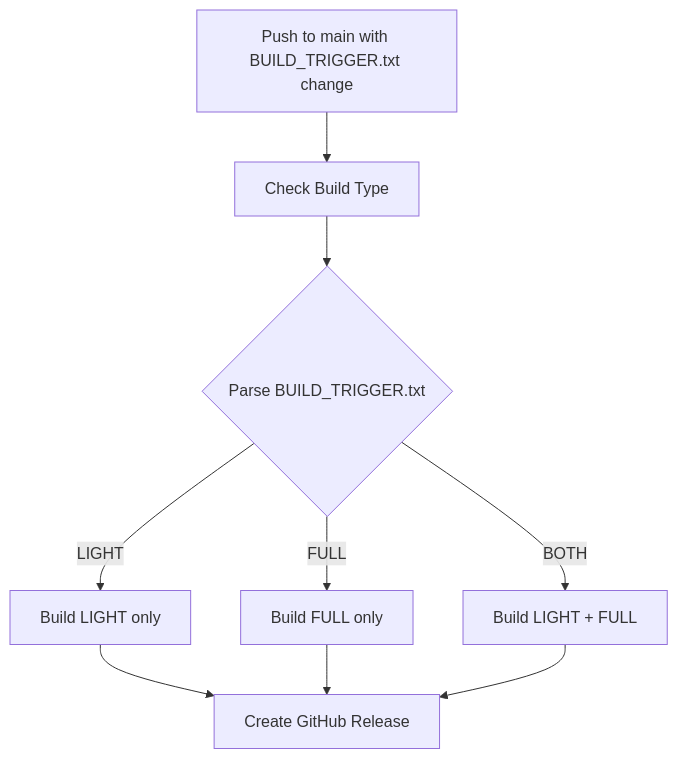
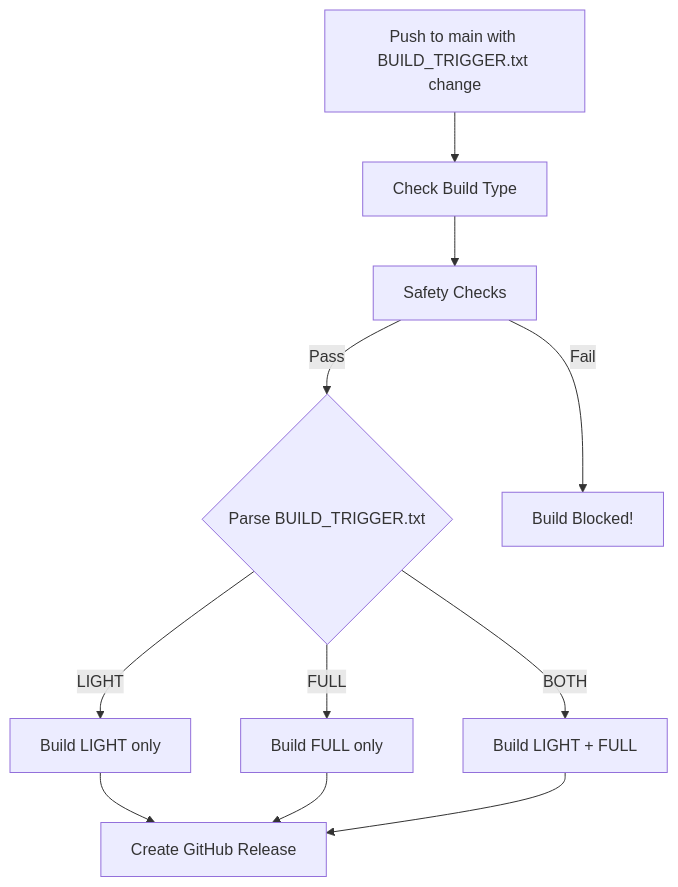
The diagram in docs/BUILD.md (NeilVibe/VRS-Manager), drawn with Mermaid before and after one commit. The commit also changed other lines of this file and 2 other files, not shown here.

First line of the commit message:
Documentation: Phase 4 + CI/CD safety checks

````diff
--- a/docs/BUILD.md
+++ b/docs/BUILD.md
@@ -118,11 +118,13 @@
 ```mermaid
 graph TD
     A[Push to main with BUILD_TRIGGER.txt change] --> B[Check Build Type]
-    B --> C{Parse BUILD_TRIGGER.txt}
-    C -->|LIGHT| D[Build LIGHT only]
-    C -->|FULL| E[Build FULL only]
-    C -->|BOTH| F[Build LIGHT + FULL]
-    D --> G[Create GitHub Release]
-    E --> G
-    F --> G
+    B --> C[Safety Checks]
+    C -->|Pass| D{Parse BUILD_TRIGGER.txt}
+    C -->|Fail| X[Build Blocked!]
+    D -->|LIGHT| E[Build LIGHT only]
+    D -->|FULL| F[Build FULL only]
+    D -->|BOTH| G[Build LIGHT + FULL]
+    E --> H[Create GitHub Release]
+    F --> H
+    G --> H
 ```
````
